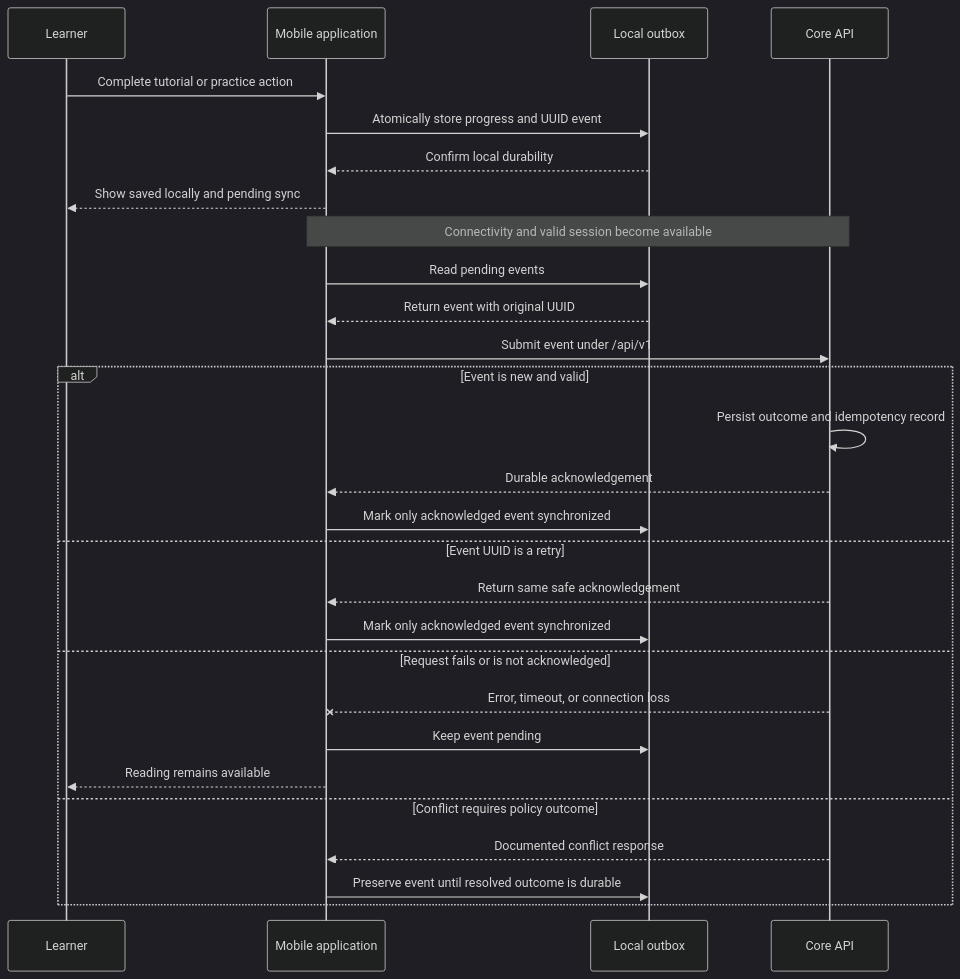
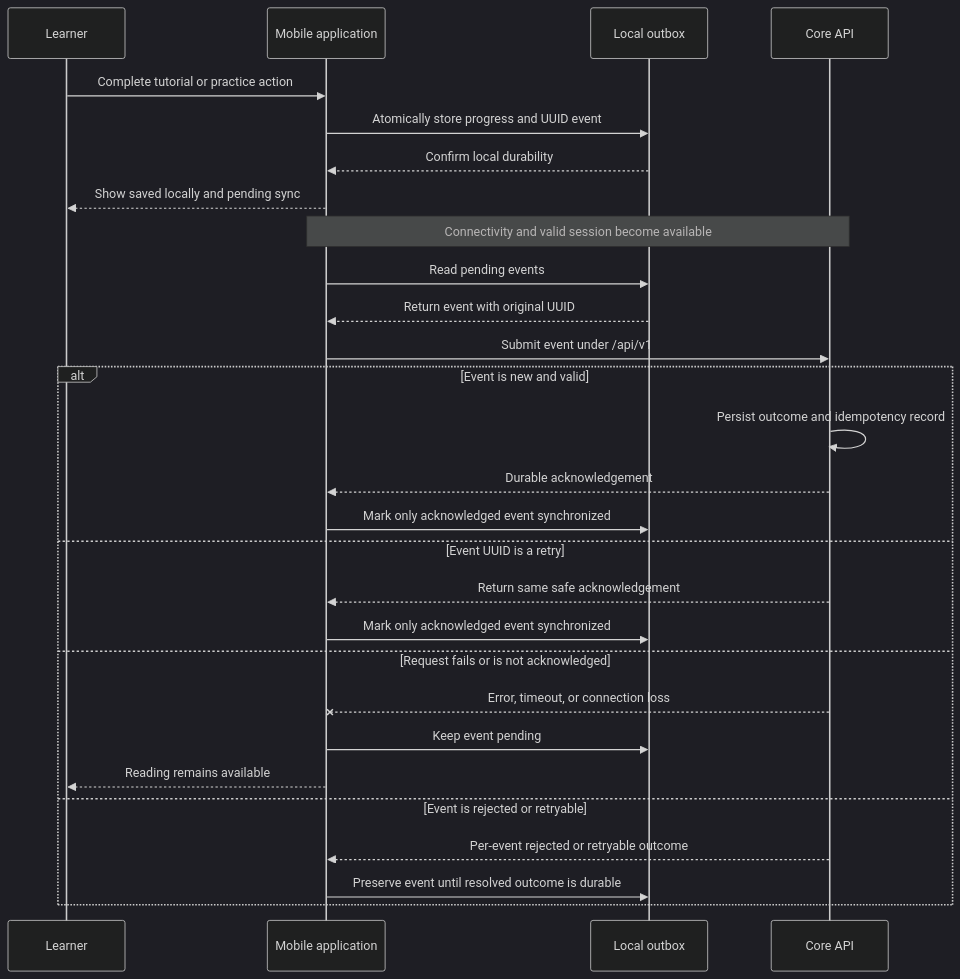
One commit to austin11101/Prolific- changed the sixth of 6 diagrams in docs/04-ui-ux-design/user-flows.md. Above: the diagram before and after it, drawn with Mermaid (dark theme). The commit also changed other lines of this file and 48 other files, not shown here.

Commit message:
docs: complete Sprint 1 architecture and project foundation

````diff
--- a/docs/04-ui-ux-design/user-flows.md
+++ b/docs/04-ui-ux-design/user-flows.md
@@ -404,31 +416,31 @@
 ```mermaid
 sequenceDiagram
     participant L as Learner
     participant A as Mobile application
     participant O as Local outbox
     participant S as Core API
 
     L->>A: Complete tutorial or practice action
     A->>O: Atomically store progress and UUID event
     O-->>A: Confirm local durability
     A-->>L: Show saved locally and pending sync
     Note over A,S: Connectivity and valid session become available
     A->>O: Read pending events
     O-->>A: Return event with original UUID
     A->>S: Submit event under /api/v1
     alt Event is new and valid
         S->>S: Persist outcome and idempotency record
         S-->>A: Durable acknowledgement
         A->>O: Mark only acknowledged event synchronized
     else Event UUID is a retry
         S-->>A: Return same safe acknowledgement
         A->>O: Mark only acknowledged event synchronized
     else Request fails or is not acknowledged
         S--xA: Error, timeout, or connection loss
         A->>O: Keep event pending
         A-->>L: Reading remains available
-    else Conflict requires policy outcome
-        S-->>A: Documented conflict response
+    else Event is rejected or retryable
+        S-->>A: Per-event rejected or retryable outcome
         A->>O: Preserve event until resolved outcome is durable
     end
 ```
````
